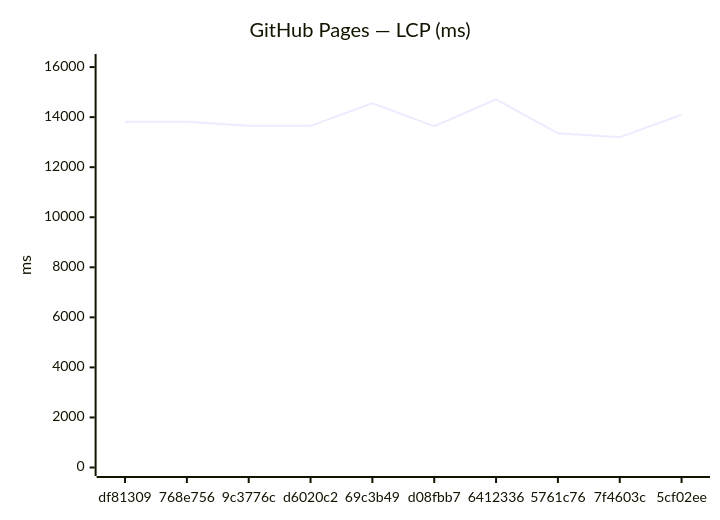
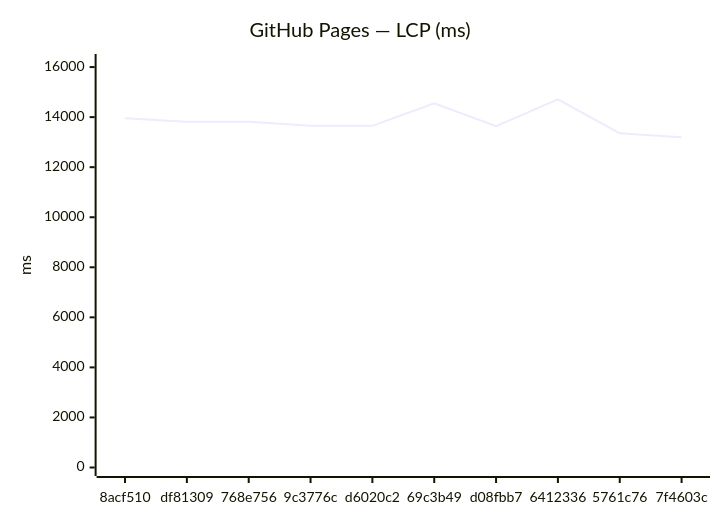
The third of 18 diagrams in benchmarks/compare.md (Metaheurist/Rianell), drawn with Mermaid before and after one commit. The commit also changed other lines of this file and 11 other files, not shown here.

````diff
--- a/benchmarks/compare.md
+++ b/benchmarks/compare.md
@@ -54,7 +54,7 @@
 ```mermaid
 xychart-beta
     title "GitHub Pages — LCP (ms)"
-    x-axis ["df81309", "768e756", "9c3776c", "d6020c2", "69c3b49", "d08fbb7", "6412336", "5761c76", "7f4603c", "5cf02ee"]
+    x-axis ["8acf510", "df81309", "768e756", "9c3776c", "d6020c2", "69c3b49", "d08fbb7", "6412336", "5761c76", "7f4603c"]
     y-axis "ms" 0 --> 16183
-    line [13820, 13811, 13660, 13653, 14556, 13636, 14711, 13355, 13197, 14098]
+    line [13952, 13820, 13811, 13660, 13653, 14556, 13636, 14711, 13355, 13197]
 ```
````
